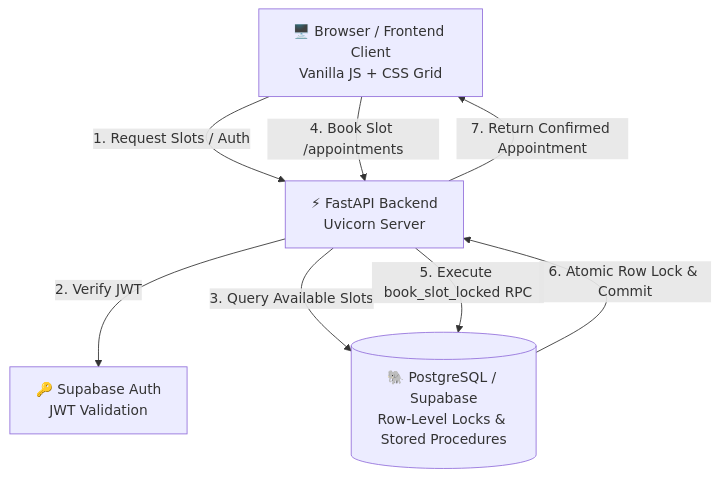
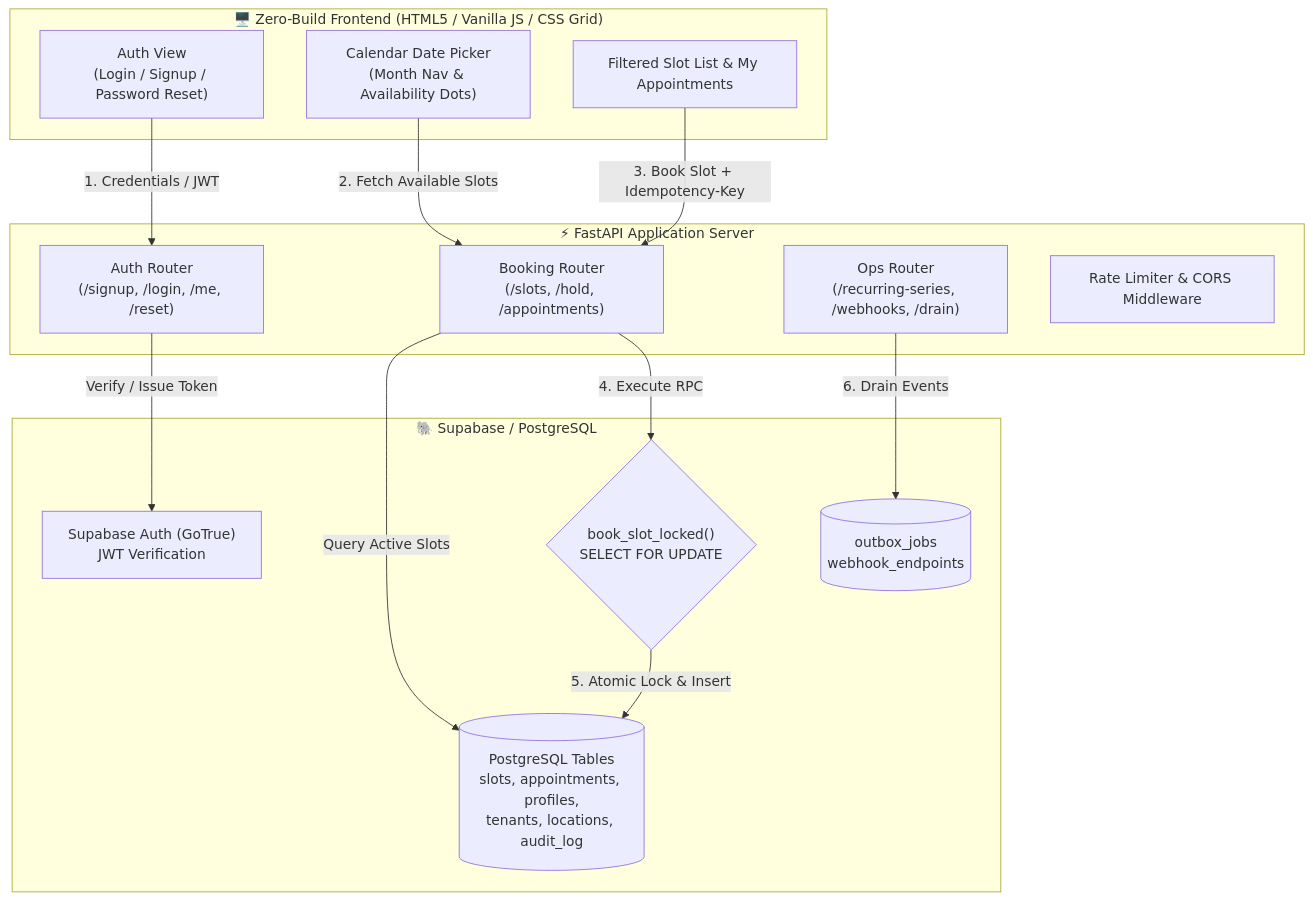
The first of 3 diagrams in README.md (divaznx/appointment-booking), drawn with Mermaid before and after one commit. The commit also changed other lines of this file, not shown here.

````diff
--- a/README.md
+++ b/README.md
@@ -46,15 +102,31 @@
 ```mermaid
-graph TD
-    Client[🖥️ Browser / Frontend Client<br/>Vanilla JS + CSS Grid]
-    API[⚡ FastAPI Backend<br/>Uvicorn Server]
-    DB[(🐘 PostgreSQL / Supabase<br/>Row-Level Locks & Stored Procedures)]
-    Auth[🔑 Supabase Auth<br/>JWT Validation]
+flowchart TD
+    subgraph Client ["🖥️ Zero-Build Frontend (HTML5 / Vanilla JS / CSS Grid)"]
+        UI_Auth["Auth View\n(Login / Signup / Password Reset)"]
+        UI_Cal["Calendar Date Picker\n(Month Nav & Availability Dots)"]
+        UI_Slots["Filtered Slot List & My Appointments"]
+    end
 
-    Client -->|1. Request Slots / Auth| API
-    API -->|2. Verify JWT| Auth
-    API -->|3. Query Available Slots| DB
-    Client -->|4. Book Slot /appointments| API
-    API -->|5. Execute book_slot_locked RPC| DB
-    DB -->|6. Atomic Row Lock & Commit| API
-    API -->|7. Return Confirmed Appointment| Client
+    subgraph Backend ["⚡ FastAPI Application Server"]
+        Router_Auth["Auth Router\n(/signup, /login, /me, /reset)"]
+        Router_Booking["Booking Router\n(/slots, /hold, /appointments)"]
+        Router_Ops["Ops Router\n(/recurring-series, /webhooks, /drain)"]
+        Middleware["Rate Limiter & CORS Middleware"]
+    end
+
+    subgraph Supabase ["🐘 Supabase / PostgreSQL"]
+        AuthService["Supabase Auth (GoTrue)\nJWT Verification"]
+        DB_Tables[("PostgreSQL Tables\nslots, appointments, profiles,\ntenants, locations, audit_log")]
+        DB_Locks{"book_slot_locked()\nSELECT FOR UPDATE"}
+        DB_Outbox[("outbox_jobs\nwebhook_endpoints")]
+    end
+
+    UI_Auth -->|1. Credentials / JWT| Router_Auth
+    Router_Auth -->|Verify / Issue Token| AuthService
+    UI_Cal -->|2. Fetch Available Slots| Router_Booking
+    Router_Booking -->|Query Active Slots| DB_Tables
+    UI_Slots -->|3. Book Slot + Idempotency-Key| Router_Booking
+    Router_Booking -->|4. Execute RPC| DB_Locks
+    DB_Locks -->|5. Atomic Lock & Insert| DB_Tables
+    Router_Ops -->|6. Drain Events| DB_Outbox
 ```
````
